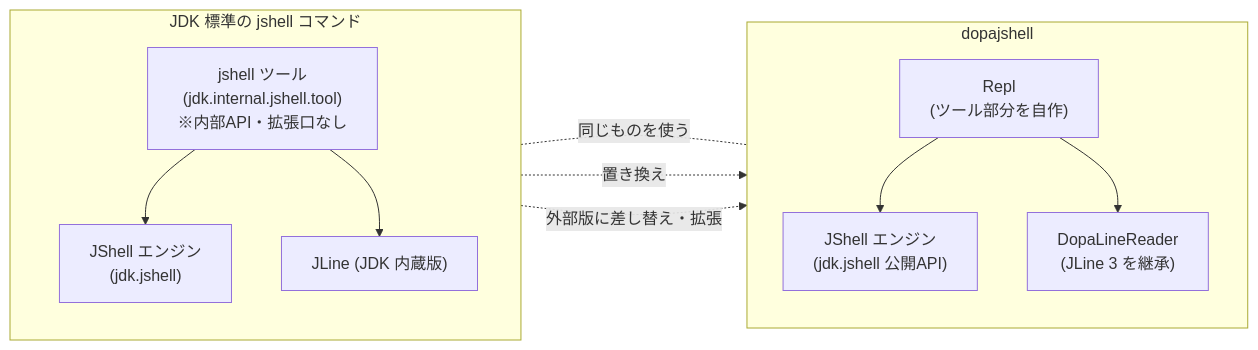
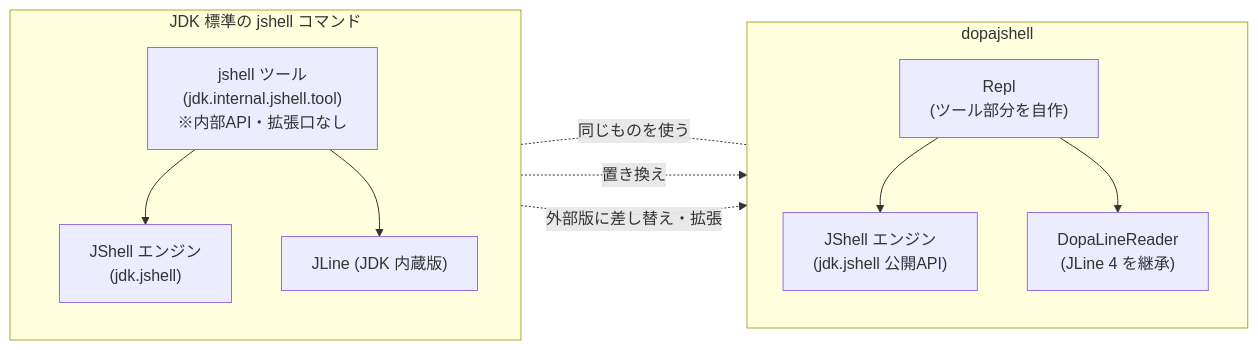
Before and after one commit to Shion-Serizawa/dopajshell: the first of 18 diagrams in docs/jshell-customization.md, drawn with Mermaid. The commit also changed other lines of this file and 2 other files, not shown here.

First line of the commit message:
Update JLine version references in README, docs and comments (#7)

````diff
--- a/docs/jshell-customization.md
+++ b/docs/jshell-customization.md
@@ -18,24 +18,24 @@
 ```mermaid
 flowchart LR
     subgraph JDK標準jshell["JDK 標準の jshell コマンド"]
         direction TB
         T1["jshell ツール<br/>(jdk.internal.jshell.tool)<br/>※内部API・拡張口なし"]
         T2["JShell エンジン<br/>(jdk.jshell)"]
         T3["JLine (JDK 内蔵版)"]
         T1 --> T2
         T1 --> T3
     end
 
     subgraph dopajshell["dopajshell"]
         direction TB
         D1["Repl<br/>(ツール部分を自作)"]
         D2["JShell エンジン<br/>(jdk.jshell 公開API)"]
-        D3["DopaLineReader<br/>(JLine 3 を継承)"]
+        D3["DopaLineReader<br/>(JLine 4 を継承)"]
         D1 --> D2
         D1 --> D3
     end
 
     T2 -. 同じものを使う .- D2
     T1 -. 置き換え .-> D1
     T3 -. 外部版に差し替え・拡張 .-> D3
 ```
````
